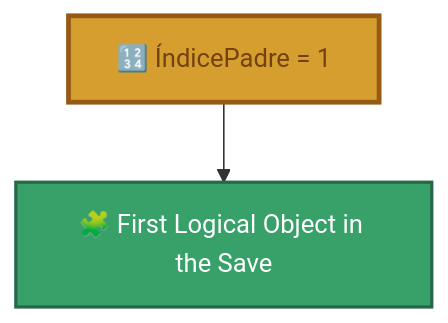
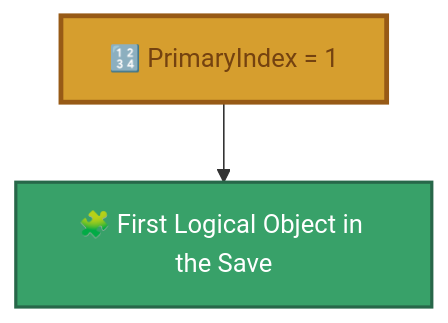
Before and after one commit to JuanCrakYT/RtG-Format: the third of 11 diagrams in research/discoveries.md, drawn with Mermaid. The commit also changed other lines of this file and 11 other files, not shown here.

````diff
--- a/research/discoveries.md
+++ b/research/discoveries.md
@@ -155,10 +155,10 @@
 ```mermaid
 flowchart TD
-    INDEX["🔢 ÍndicePadre = 1"] --> OBJECT["🧩 First Logical Object in the Save"]
+    INDEX["🔢 PrimaryIndex = 1"] --> OBJECT["🧩 First Logical Object in the Save"]
 
     classDef index fill:#d69e2e,color:#744210,stroke:#975a16,stroke-width:3px;
     classDef object fill:#38a169,color:#fff,stroke:#276749,stroke-width:2px;
 
     class INDEX index;
     class OBJECT object;
 ```
````
